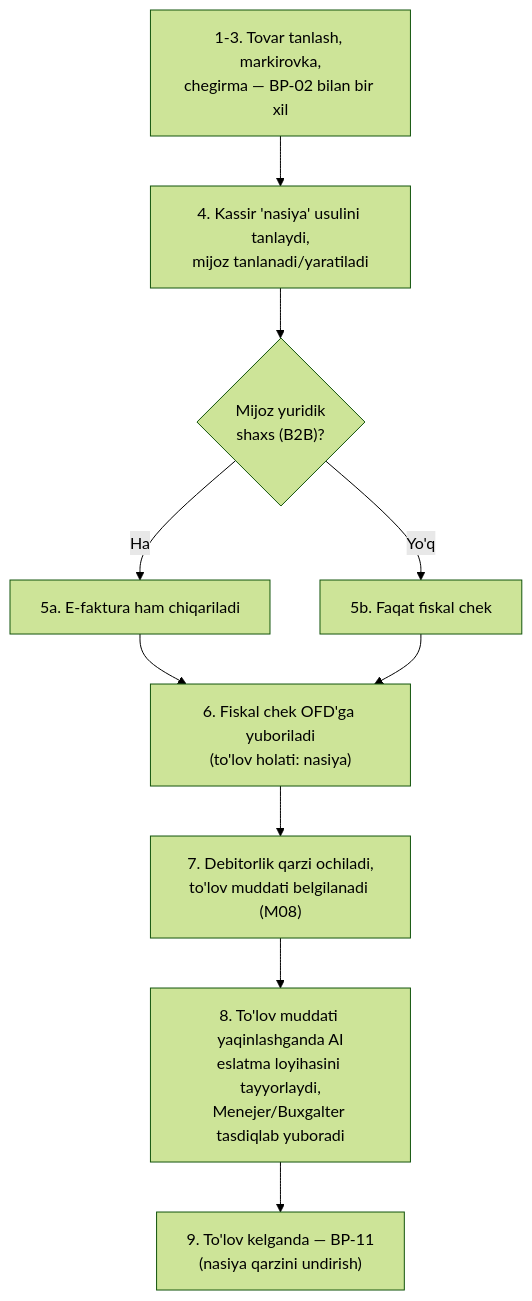
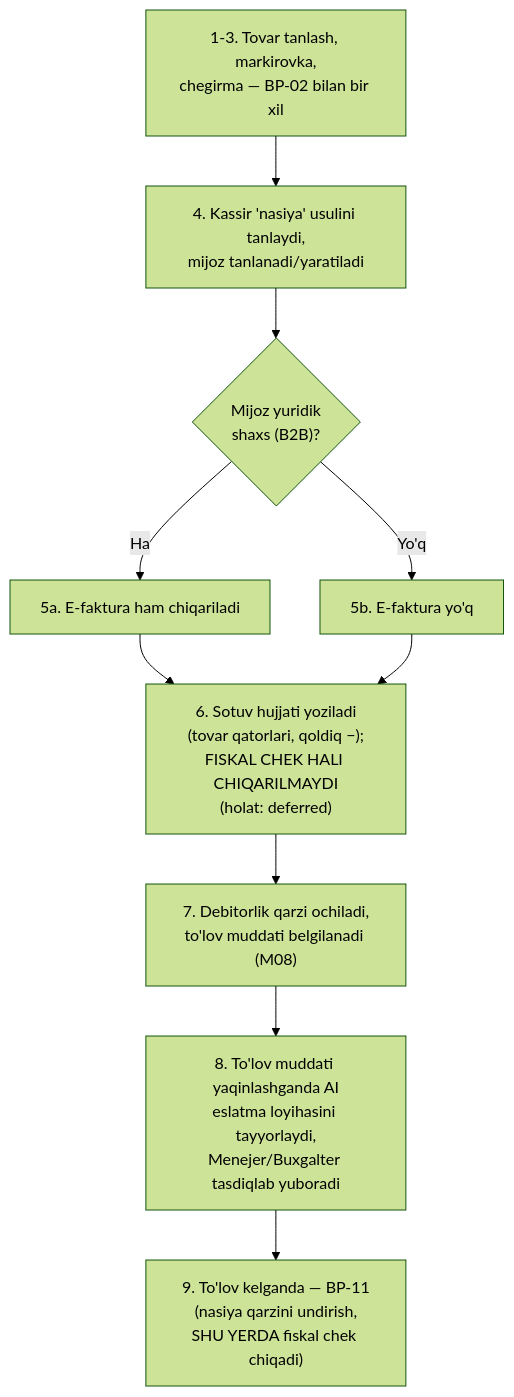
One commit to hasanoff507/erp changed the third of 13 diagrams in spec/01-mahsulot/03-biznes-jarayonlar.md. Above: the diagram before and after it, drawn with Mermaid (forest theme). The commit also changed other lines of this file and 24 other files, not shown here.

Commit message:
docs: asoschi qarorlari (8 ta) spec'ga kiritildi — ikki tilli chek, qarz to'lovida fiskal chek, Google+Telegram auth, 2 kishilik jamoa

````diff
--- a/spec/01-mahsulot/03-biznes-jarayonlar.md
+++ b/spec/01-mahsulot/03-biznes-jarayonlar.md
@@ -89,12 +91,12 @@
 ```mermaid
 flowchart TD
     A["1-3. Tovar tanlash, markirovka,\nchegirma — BP-02 bilan bir xil"] --> B["4. Kassir 'nasiya' usulini tanlaydi,\nmijoz tanlanadi/yaratiladi"]
     B --> C{"Mijoz yuridik\nshaxs (B2B)?"}
     C -- "Ha" --> D["5a. E-faktura ham chiqariladi"]
-    C -- "Yo'q" --> E["5b. Faqat fiskal chek"]
-    D --> F["6. Fiskal chek OFD'ga yuboriladi\n(to'lov holati: nasiya)"]
+    C -- "Yo'q" --> E["5b. E-faktura yo'q"]
+    D --> F["6. Sotuv hujjati yoziladi\n(tovar qatorlari, qoldiq −);\nFISKAL CHEK HALI CHIQARILMAYDI\n(holat: deferred)"]
     E --> F
     F --> G["7. Debitorlik qarzi ochiladi,\nto'lov muddati belgilanadi (M08)"]
     G --> H["8. To'lov muddati yaqinlashganda AI\neslatma loyihasini tayyorlaydi,\nMenejer/Buxgalter tasdiqlab yuboradi"]
-    H --> I["9. To'lov kelganda — BP-11\n(nasiya qarzini undirish)"]
+    H --> I["9. To'lov kelganda — BP-11\n(nasiya qarzini undirish,\nSHU YERDA fiskal chek chiqadi)"]
 ```
````
